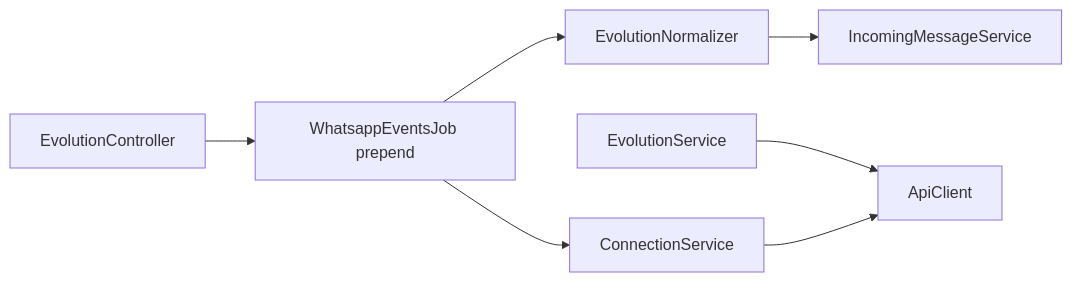
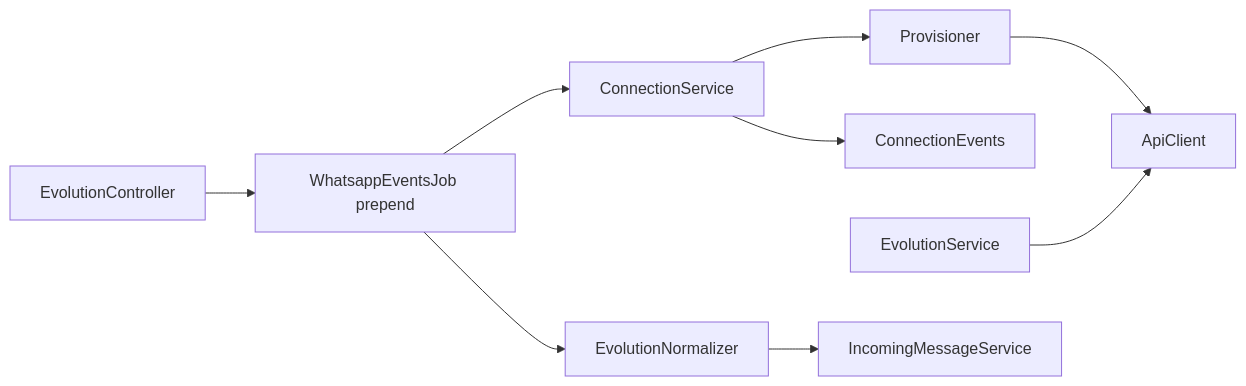
One commit to cesar-carlos/chatwoot changed the diagram in doc/feature/whatsapp-provider/evolution-api/spec-design.md. Above: the diagram before and after it, drawn with Mermaid. The commit also changed other lines of this file and 47 other files, not shown here.

````diff
--- a/doc/feature/whatsapp-provider/evolution-api/spec-design.md
+++ b/doc/feature/whatsapp-provider/evolution-api/spec-design.md
@@ -11,16 +11,18 @@
 ```mermaid
 flowchart LR
   CTRL[EvolutionController]
   JOB[WhatsappEventsJob prepend]
   NORM[EvolutionNormalizer]
   CONN[ConnectionService]
-  PROV[EvolutionService]
+  PROV[Provisioner]
+  EVT[ConnectionEvents]
+  EVOSVC[EvolutionService]
   API[ApiClient]
   IMS[IncomingMessageService]
 
   CTRL --> JOB
   JOB --> NORM --> IMS
-  JOB --> CONN
-  PROV --> API
-  CONN --> API
+  JOB --> CONN --> EVT
+  CONN --> PROV --> API
+  EVOSVC --> API
 ```
````
